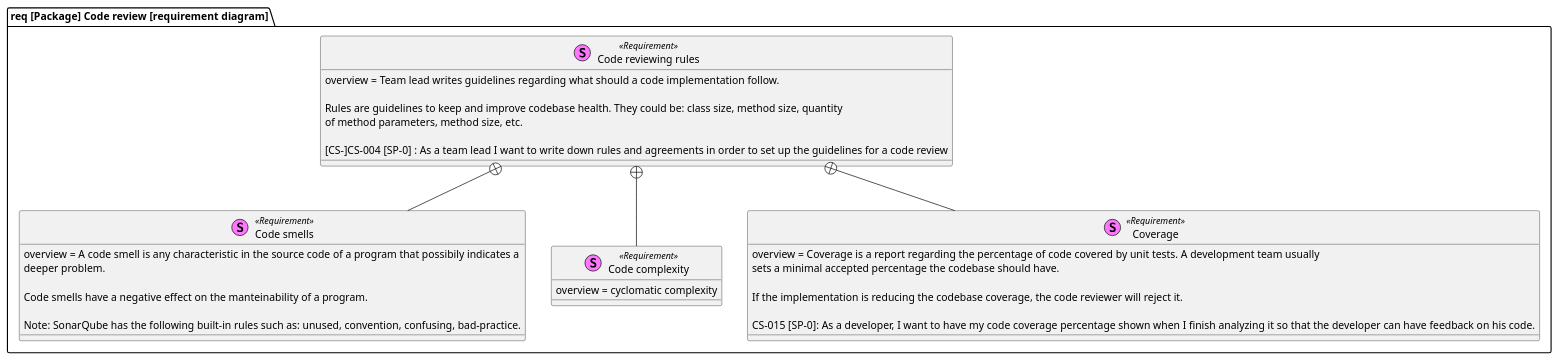
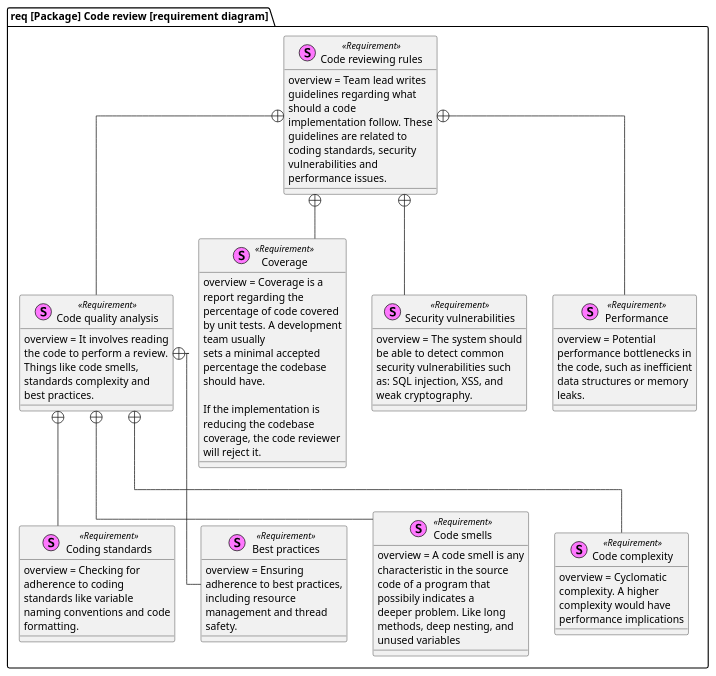
One commit to SoftDevSix/system-design changed the diagram in requirement-diagram/code-review.puml. Above: the diagram before and after it, drawn with PlantUML. The commit also changed other lines of this file, not shown here.

Commit message:
chore: updated with MainProject PRD
- Changed name from feedback to code review because this name if more
  self explanatory.
- Added requirements from PRD. "Coding standards", "Best practices",
  "Security vulnerabilities", "Performance".
- Created a "Code quality analysis" requirement to group those that are
  related with reading and reviewing code line by line.

```diff
--- a/requirement-diagram/code-review.puml
+++ b/requirement-diagram/code-review.puml
@@ -5,41 +5,68 @@
 @startuml
+skinparam wrapwidth 200
+skinparam linetype ortho
+
 package "req [Package] Code review [requirement diagram]" {
 
+    stereotype "Coding standards" as standards <<Requirement>> {
+        overview = Checking for adherence to coding standards like variable naming conventions and code formatting.
+    }
+
+    stereotype "Best practices" as best_practices <<Requirement>> {
+        overview = Ensuring adherence to best practices, including resource management and thread safety.
+    }
+
     stereotype "Code smells" as code_smells <<Requirement>> {
-    ' https://docs.sonarsource.com/sonarqube/latest/user-guide/rules/built-in-rule-tags/
-    ' https://en.wikipedia.org/wiki/Code_smell
+        ' https://docs.sonarsource.com/sonarqube/latest/user-guide/rules/built-in-rule-tags/
+        ' https://en.wikipedia.org/wiki/Code_smell
         overview = A code smell is any characteristic in the source code of a program that possibily indicates a
-        deeper problem.
+        deeper problem. Like long methods, deep nesting, and unused variables
 
-        Code smells have a negative effect on the manteinability of a program.
+        ' Code smells have a negative effect on the manteinability of a program.
 
-        Note: SonarQube has the following built-in rules such as: unused, convention, confusing, bad-practice.
+        ' Note: SonarQube has the following built-in rules such as: unused, convention, confusing, bad-practice.
     }
 
     stereotype "Code complexity" as complexity <<Requirement>> {
         ' https://en.wikipedia.org/wiki/Cyclomatic_complexity
-        overview = cyclomatic complexity
+        overview = Cyclomatic complexity. A higher complexity would have performance implications
     }
+
+    stereotype "Code quality analysis" as code <<Requirement>> {
+        overview = It involves reading the code to perform a review. Things like code smells, standards complexity and best practices.
+    }
+    code +-- best_practices
+    code +-- standards
+    code +-- code_smells
+    code +-- complexity
 
     stereotype "Coverage" as code_coverage <<Requirement>> {
         overview = Coverage is a report regarding the percentage of code covered by unit tests. A development team usually
         sets a minimal accepted percentage the codebase should have.
 
         If the implementation is reducing the codebase coverage, the code reviewer will reject it.
 
-        CS-015 [SP-0]: As a developer, I want to have my code coverage percentage shown when I finish analyzing it so that the developer can have feedback on his code.
+        'CS-015 [SP-0]: As a developer, I want to have my code coverage percentage shown when I finish analyzing it so that the developer can have feedback on his code.
+    }
+
+    stereotype "Security vulnerabilities" as security <<Requirement>> {
+        overview = The system should be able to detect common security vulnerabilities such as: SQL injection, XSS, and weak cryptography.
+    }
+
+    stereotype "Performance" as performance <<Requirement>> {
+        overview = Potential performance bottlenecks in the code, such as inefficient data structures or memory leaks.
     }
 
     stereotype "Code reviewing rules" as rules <<Requirement>> {
-        overview = Team lead writes guidelines regarding what should a code implementation follow.
+        overview = Team lead writes guidelines regarding what should a code implementation follow. These guidelines are related to coding standards, security vulnerabilities and performance issues.
 
-        Rules are guidelines to keep and improve codebase health. They could be: class size, method size, quantity
-        of method parameters, method size, etc.
+        ' Rules are guidelines to keep and improve codebase health. They could be: class size, method size, quantity of method parameters, method size, etc.
 
-        [CS-]CS-004 [SP-0] : As a team lead I want to write down rules and agreements in order to set up the guidelines for a code review
+        ' [CS-]CS-004 [SP-0] : As a team lead I want to write down rules and agreements in order to set up the guidelines for a code review
     }
-    rules +-- code_smells
+    rules +-- code
     rules +-- code_coverage
-    rules +-- complexity
+    rules +-- security
+    rules +-- performance
 }
 @enduml
```
